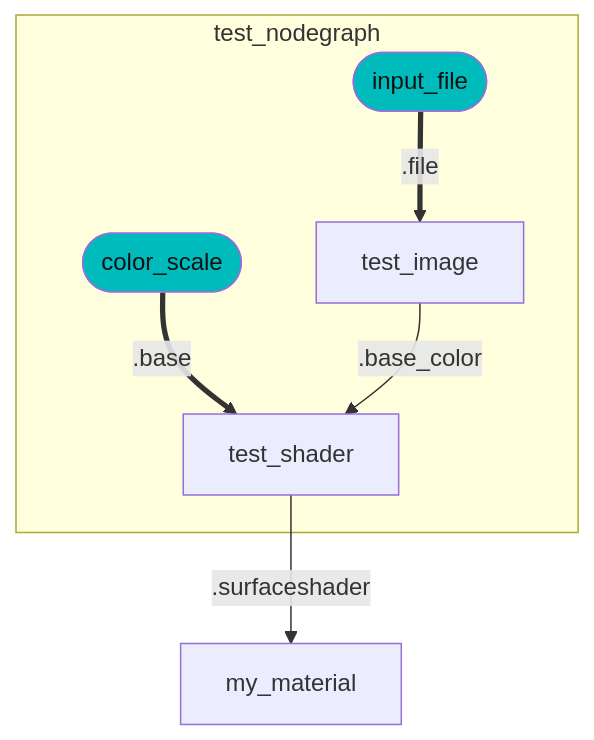
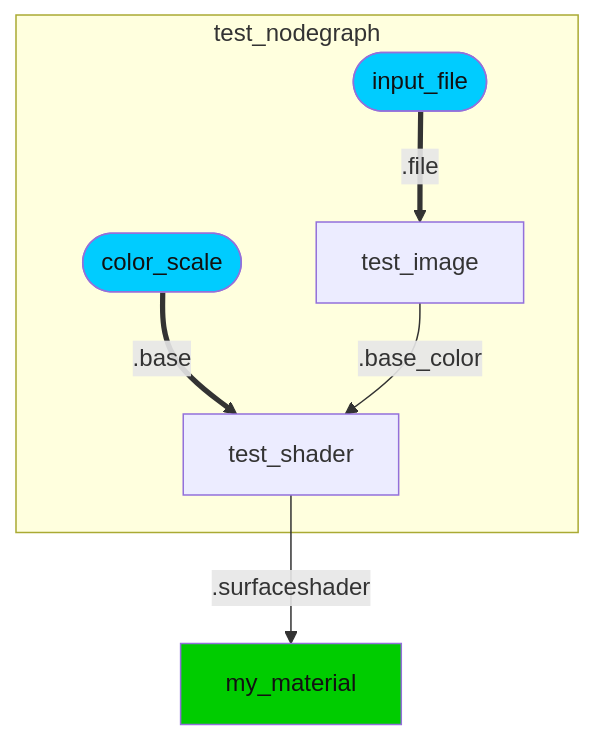
The diagram in pymaterialx/sample_nodegraph.md (kwokcb/MaterialX_Learn), drawn with Mermaid before and after one commit. The commit also changed 2930 other files, not shown here.

````diff
--- a/pymaterialx/sample_nodegraph.md
+++ b/pymaterialx/sample_nodegraph.md
@@ -1,15 +1,16 @@
 ```mermaid
 graph TB;
     test_nodegraph_test_shader[test_nodegraph_test_shader] --".surfaceshader"--> my_material[my_material]
     test_nodegraph_color_scaleINT([color_scale]) ==.base==> test_nodegraph_test_shader[test_nodegraph_test_shader]
-    style test_nodegraph_color_scaleINT fill:#0bb, color:#111
+    style test_nodegraph_color_scaleINT fill:#0CF, color:#111
     test_nodegraph_test_image[test_image] --".base_color"--> test_nodegraph_test_shader[test_shader]
     test_nodegraph_input_fileINT([input_file]) ==.file==> test_nodegraph_test_image[test_image]
-    style test_nodegraph_input_fileINT fill:#0bb, color:#111
+    style test_nodegraph_input_fileINT fill:#0CF, color:#111
+    style my_material fill:#0C0, color:#111
   subgraph test_nodegraph
     test_nodegraph_color_scaleINT
     test_nodegraph_input_fileINT
     test_nodegraph_test_image
     test_nodegraph_test_shader    
   end
 ```
````
